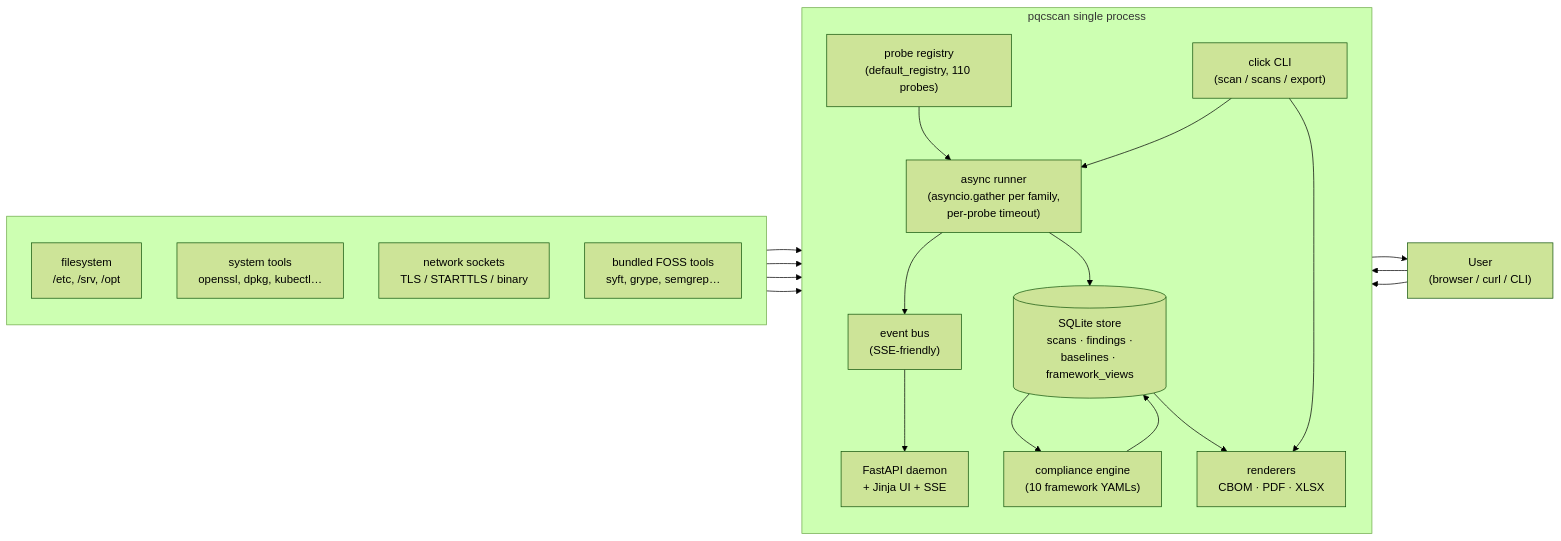
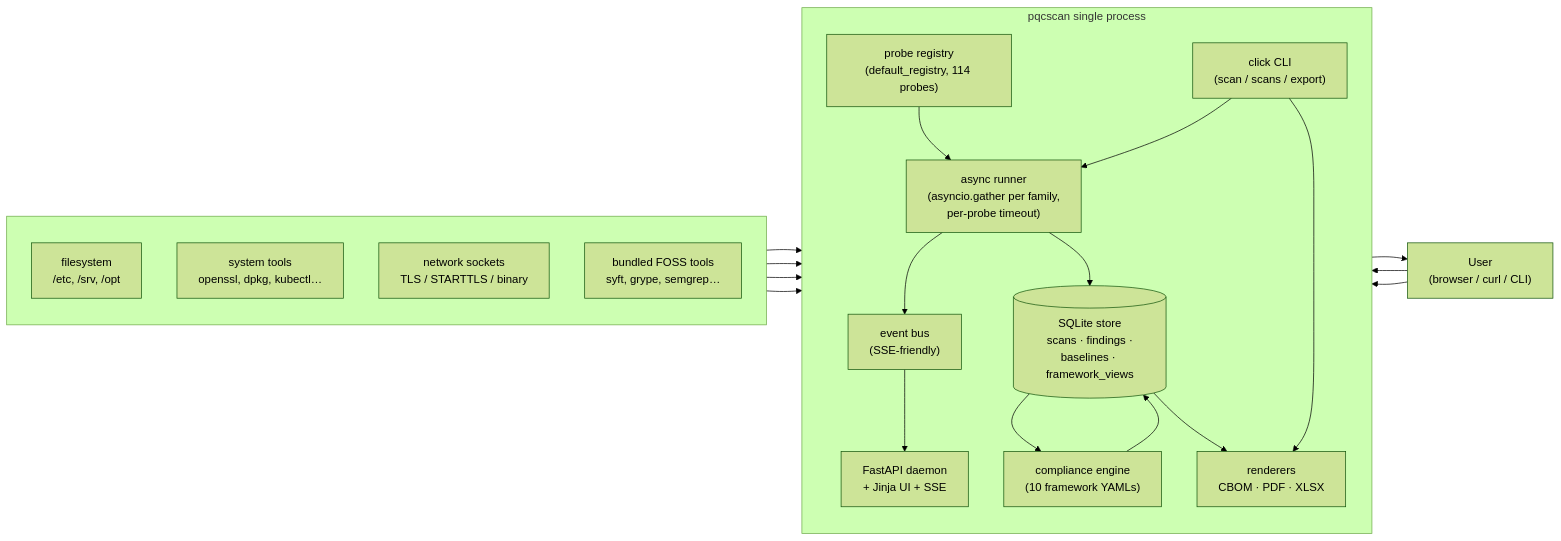
Before and after one commit to orengacademy/pqc-scanner2: the first of 8 diagrams in README.md, drawn with Mermaid (forest theme). The commit also changed other lines of this file and 6 other files, not shown here.

````diff
--- a/README.md
+++ b/README.md
@@ -33,39 +33,39 @@
 ```mermaid
 flowchart LR
     subgraph host[" "]
         direction TB
         FS["filesystem<br/>/etc, /srv, /opt"]
         SYS["system tools<br/>openssl, dpkg, kubectl…"]
         NET["network sockets<br/>TLS / STARTTLS / binary"]
         FOSS["bundled FOSS tools<br/>syft, grype, semgrep…"]
     end
 
     subgraph proc["pqcscan single process"]
         direction TB
-        REG["probe registry<br/>(default_registry, 110 probes)"]
+        REG["probe registry<br/>(default_registry, 114 probes)"]
         RUN["async runner<br/>(asyncio.gather per family,<br/>per-probe timeout)"]
         BUS["event bus<br/>(SSE-friendly)"]
         REPO[("SQLite store<br/>scans · findings ·<br/>baselines · framework_views")]
         COMP["compliance engine<br/>(10 framework YAMLs)"]
         DAEMON["FastAPI daemon<br/>+ Jinja UI + SSE"]
         CLI["click CLI<br/>(scan / scans / export)"]
         REND["renderers<br/>CBOM · PDF · XLSX"]
     end
 
     USER["User<br/>(browser / curl / CLI)"]
 
     FS  --> RUN
     SYS --> RUN
     NET --> RUN
     FOSS --> RUN
     REG --> RUN
     RUN --> BUS --> DAEMON
     RUN --> REPO
     REPO --> COMP --> REPO
     REPO --> REND
     DAEMON --> USER
     CLI   --> RUN
     CLI   --> REND
     USER  --> DAEMON
     USER  --> CLI
 ```
````
